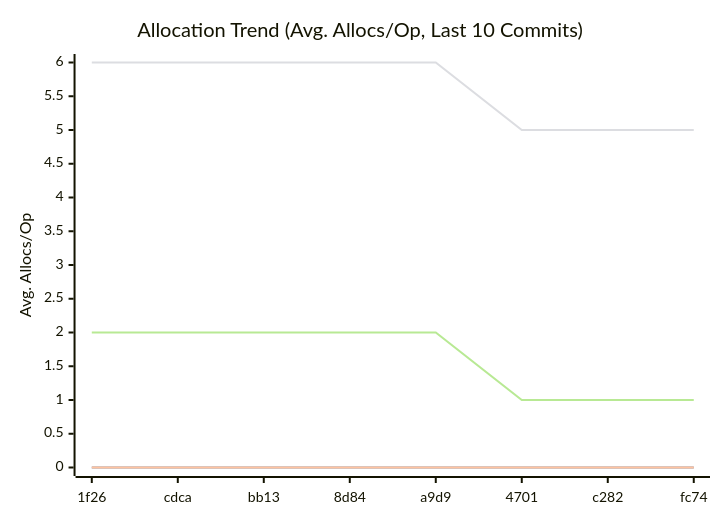
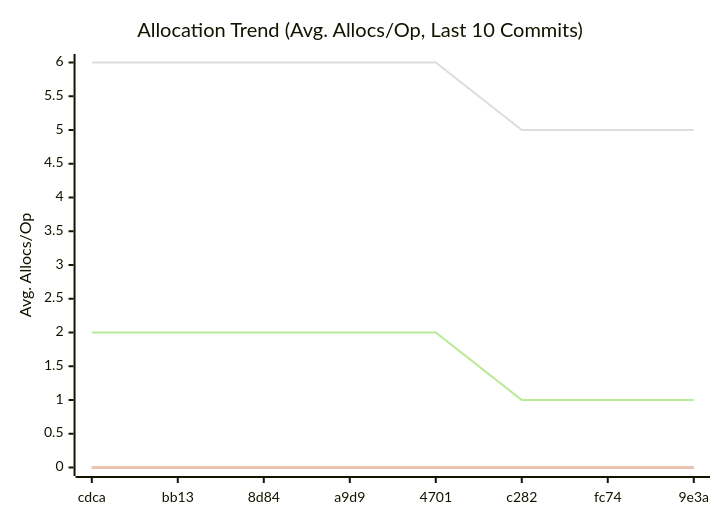
One commit to alsotoes/momo changed the third of 3 diagrams in doc/README.md. Above: the diagram before and after it, drawn with Mermaid. The commit also changed other lines of this file and 1 other file, not shown here.

````diff
--- a/doc/README.md
+++ b/doc/README.md
@@ -322,12 +322,12 @@
 ```mermaid
 xychart-beta
     title "Allocation Trend (Avg. Allocs/Op, Last 10 Commits)"
     x-axis "Commit"
     y-axis "Avg. Allocs/Op"
-    x-axis [1f26,cdca,bb13,8d84,a9d9,4701,c282,fc74]
+    x-axis [cdca,bb13,8d84,a9d9,4701,c282,fc74,9e3a]
     line "CheckMetricsAndSwap" [0,0,0,0,0,0,0,0,0,0]
     line "IndexDirectTracking" [0,0,0,0,0,0,0,0,0,0]
     line "IndexSearch" [0,0,0,0,0,0,0,0,0,0]
-    line "ParseReplicationOrder_NoPrealloc" [6,6,6,6,6,5,5,5,5]
-    line "ParseReplicationOrder_Prealloc" [2,2,2,2,2,1,1,1,1]
+    line "ParseReplicationOrder_NoPrealloc" [6,6,6,6,6,5,5,5,5,5]
+    line "ParseReplicationOrder_Prealloc" [2,2,2,2,2,1,1,1,1,1]
 ```
````
